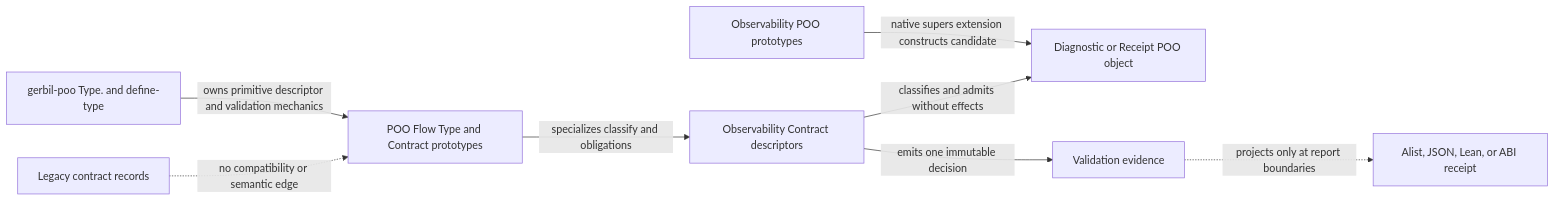
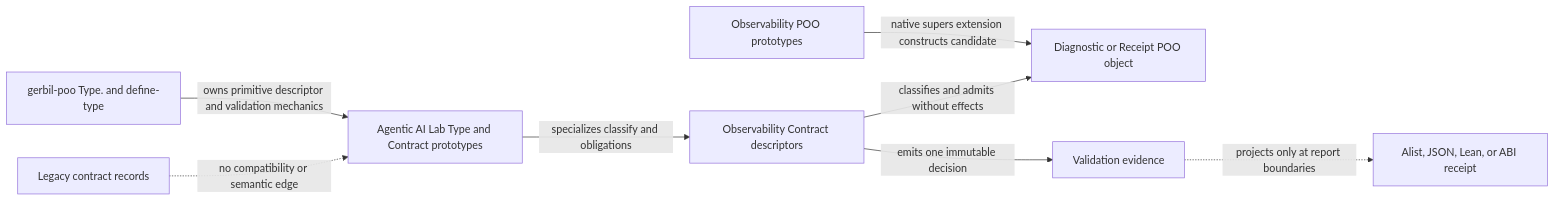
One commit to tao3k/gebril-yuanxu changed the fourth of 4 diagrams in module-system/design/45-120-01-poo-native-type-and-contract-prototype-foundation.org. Above: the diagram before and after it, drawn with Mermaid. The commit also changed other lines of this file and 507 other files, not shown here.

```diff
--- a/module-system/design/45-120-01-poo-native-type-and-contract-prototype-foundation.org
+++ b/module-system/design/45-120-01-poo-native-type-and-contract-prototype-foundation.org
@@ -294,10 +294,10 @@
 #+begin_src mermaid
 flowchart LR
-  U["gerbil-poo Type. and define-type"] -->|"owns primitive descriptor and validation mechanics"| F["POO Flow Type and Contract prototypes"]
+  U["gerbil-poo Type. and define-type"] -->|"owns primitive descriptor and validation mechanics"| F["Agentic AI Lab Type and Contract prototypes"]
   F -->|"specializes classify and obligations"| D["Observability Contract descriptors"]
   P["Observability POO prototypes"] -->|"native supers extension constructs candidate"| O["Diagnostic or Receipt POO object"]
   D -->|"classifies and admits without effects"| O
   D -->|"emits one immutable decision"| E["Validation evidence"]
   E -. "projects only at report boundaries" .-> R["Alist, JSON, Lean, or ABI receipt"]
   L["Legacy contract records"] -. "no compatibility or semantic edge" .-> F
 #+end_src
```
